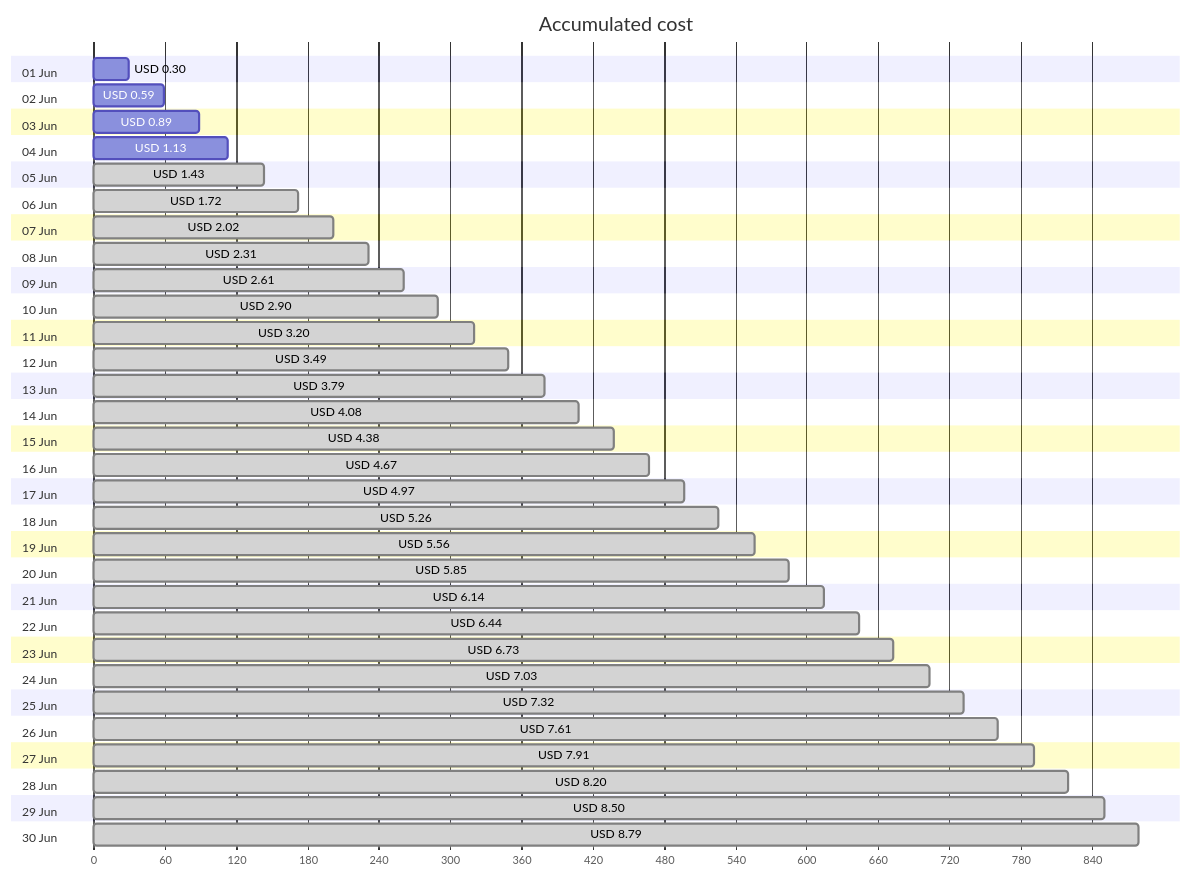
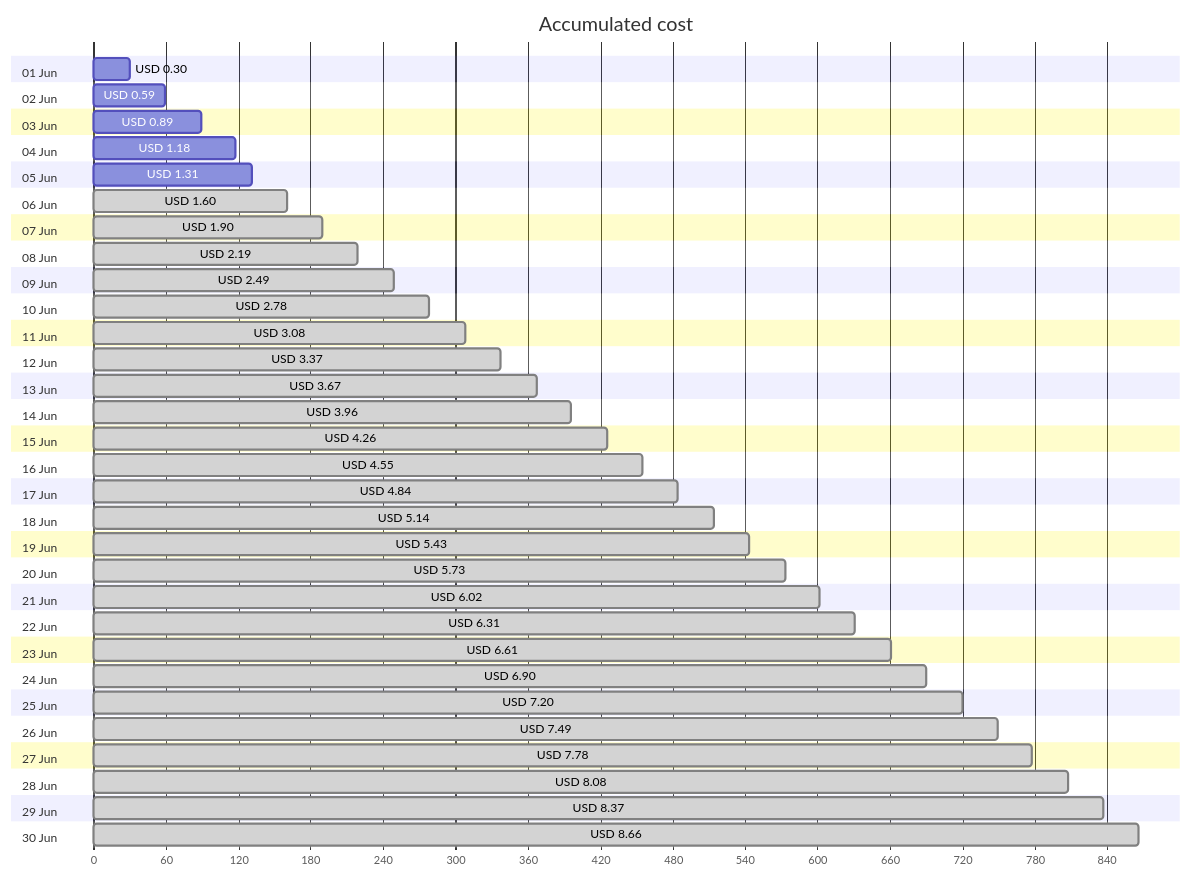
One commit to jpfulton/azure-personal-reports changed the first of 4 diagrams in cost-reports/personal-site/personal-site.md. Above: the diagram before and after it, drawn with Mermaid. The commit also changed other lines of this file and 6 other files, not shown here.

````diff
--- a/cost-reports/personal-site/personal-site.md
+++ b/cost-reports/personal-site/personal-site.md
@@ -20,66 +20,66 @@
 ```mermaid
 gantt
    title Accumulated cost
    dateFormat  X
    axisFormat %s
    section 01 Jun
    USD 0.30 :0, 30
    section 02 Jun
    USD 0.59 :0, 59
    section 03 Jun
    USD 0.89 :0, 89
    section 04 Jun
-   USD 1.13 :0, 113
+   USD 1.18 :0, 118
    section 05 Jun
-   USD 1.43 : done, 0, 143
+   USD 1.31 :0, 131
    section 06 Jun
-   USD 1.72 : done, 0, 172
+   USD 1.60 : done, 0, 160
    section 07 Jun
-   USD 2.02 : done, 0, 202
+   USD 1.90 : done, 0, 190
    section 08 Jun
-   USD 2.31 : done, 0, 231
+   USD 2.19 : done, 0, 219
    section 09 Jun
-   USD 2.61 : done, 0, 261
+   USD 2.49 : done, 0, 249
    section 10 Jun
-   USD 2.90 : done, 0, 290
+   USD 2.78 : done, 0, 278
    section 11 Jun
-   USD 3.20 : done, 0, 320
+   USD 3.08 : done, 0, 308
    section 12 Jun
-   USD 3.49 : done, 0, 349
+   USD 3.37 : done, 0, 337
    section 13 Jun
-   USD 3.79 : done, 0, 379
+   USD 3.67 : done, 0, 367
    section 14 Jun
-   USD 4.08 : done, 0, 408
+   USD 3.96 : done, 0, 396
    section 15 Jun
-   USD 4.38 : done, 0, 438
+   USD 4.26 : done, 0, 426
    section 16 Jun
-   USD 4.67 : done, 0, 467
+   USD 4.55 : done, 0, 455
    section 17 Jun
-   USD 4.97 : done, 0, 497
+   USD 4.84 : done, 0, 484
    section 18 Jun
-   USD 5.26 : done, 0, 526
+   USD 5.14 : done, 0, 514
    section 19 Jun
-   USD 5.56 : done, 0, 556
+   USD 5.43 : done, 0, 543
    section 20 Jun
-   USD 5.85 : done, 0, 585
+   USD 5.73 : done, 0, 573
    section 21 Jun
-   USD 6.14 : done, 0, 614
+   USD 6.02 : done, 0, 602
    section 22 Jun
-   USD 6.44 : done, 0, 644
+   USD 6.31 : done, 0, 631
    section 23 Jun
-   USD 6.73 : done, 0, 673
+   USD 6.61 : done, 0, 661
    section 24 Jun
-   USD 7.03 : done, 0, 703
+   USD 6.90 : done, 0, 690
    section 25 Jun
-   USD 7.32 : done, 0, 732
+   USD 7.20 : done, 0, 720
    section 26 Jun
-   USD 7.61 : done, 0, 761
+   USD 7.49 : done, 0, 749
    section 27 Jun
-   USD 7.91 : done, 0, 791
+   USD 7.78 : done, 0, 778
    section 28 Jun
-   USD 8.20 : done, 0, 820
+   USD 8.08 : done, 0, 808
    section 29 Jun
-   USD 8.50 : done, 0, 850
+   USD 8.37 : done, 0, 837
    section 30 Jun
-   USD 8.79 : done, 0, 879
+   USD 8.66 : done, 0, 866
 ```
````
